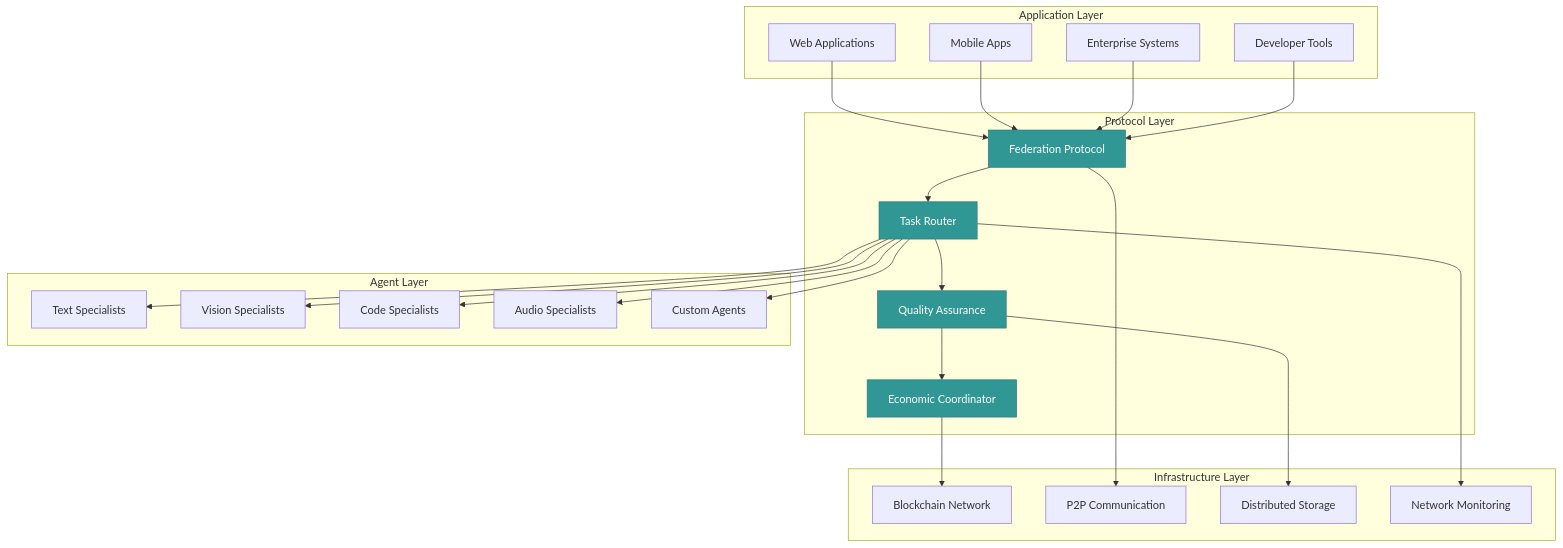
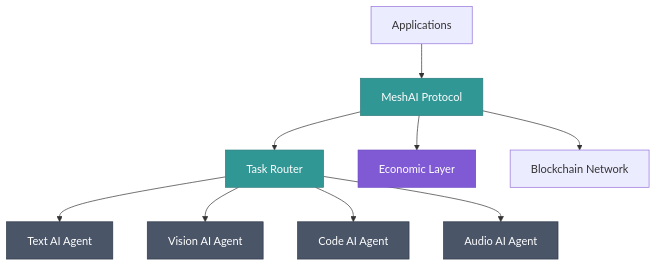
One commit to meshcompany/docs changed the first of 4 diagrams in architecture.mdx. Above: the diagram before and after it, drawn with Mermaid. The commit also changed other lines of this file, not shown here.

Commit message:
Documentation edits made through Mintlify web editor

````diff
--- a/architecture.mdx
+++ b/architecture.mdx
@@ -10,56 +10,19 @@
 ```mermaid
-graph TB
-    subgraph "Application Layer"
-        A1[Web Applications]
-        A2[Mobile Apps]
-        A3[Enterprise Systems]
-        A4[Developer Tools]
-    end
+graph TD
+    A[Applications] --> P[MeshAI Protocol]
+    P --> R[Task Router]
+    R --> G1[Text AI Agent]
+    R --> G2[Vision AI Agent]
+    R --> G3[Code AI Agent]
+    R --> G4[Audio AI Agent]
+    P --> E[Economic Layer]
+    P --> B[Blockchain Network]
     
-    subgraph "Protocol Layer"
-        P1[Federation Protocol]
-        P2[Task Router]
-        P3[Quality Assurance]
-        P4[Economic Coordinator]
-    end
-    
-    subgraph "Agent Layer"
-        G1[Text Specialists]
-        G2[Vision Specialists]
-        G3[Code Specialists]
-        G4[Audio Specialists]
-        G5[Custom Agents]
-    end
-    
-    subgraph "Infrastructure Layer"
-        I1[Blockchain Network]
-        I2[P2P Communication]
-        I3[Distributed Storage]
-        I4[Network Monitoring]
-    end
-    
-    A1 --> P1
-    A2 --> P1
-    A3 --> P1
-    A4 --> P1
-    
-    P1 --> P2
-    P2 --> P3
-    P3 --> P4
-    
-    P2 --> G1
-    P2 --> G2
-    P2 --> G3
-    P2 --> G4
-    P2 --> G5
-    
-    P4 --> I1
-    P1 --> I2
-    P3 --> I3
-    P2 --> I4
-    
-    style P1 fill:#319795,stroke:#2c7a7b,color:#fff
-    style P2 fill:#319795,stroke:#2c7a7b,color:#fff
-    style P3 fill:#319795,stroke:#2c7a7b,color:#fff
-    style P4 fill:#319795,stroke:#2c7a7b,color:#fff
+    style P fill:#319795,stroke:#2c7a7b,color:#fff
+    style R fill:#319795,stroke:#2c7a7b,color:#fff
+    style E fill:#805ad5,stroke:#6b46c1,color:#fff
+    style G1 fill:#4a5568,stroke:#2d3748,color:#fff
+    style G2 fill:#4a5568,stroke:#2d3748,color:#fff
+    style G3 fill:#4a5568,stroke:#2d3748,color:#fff
+    style G4 fill:#4a5568,stroke:#2d3748,color:#fff
 ```
````
